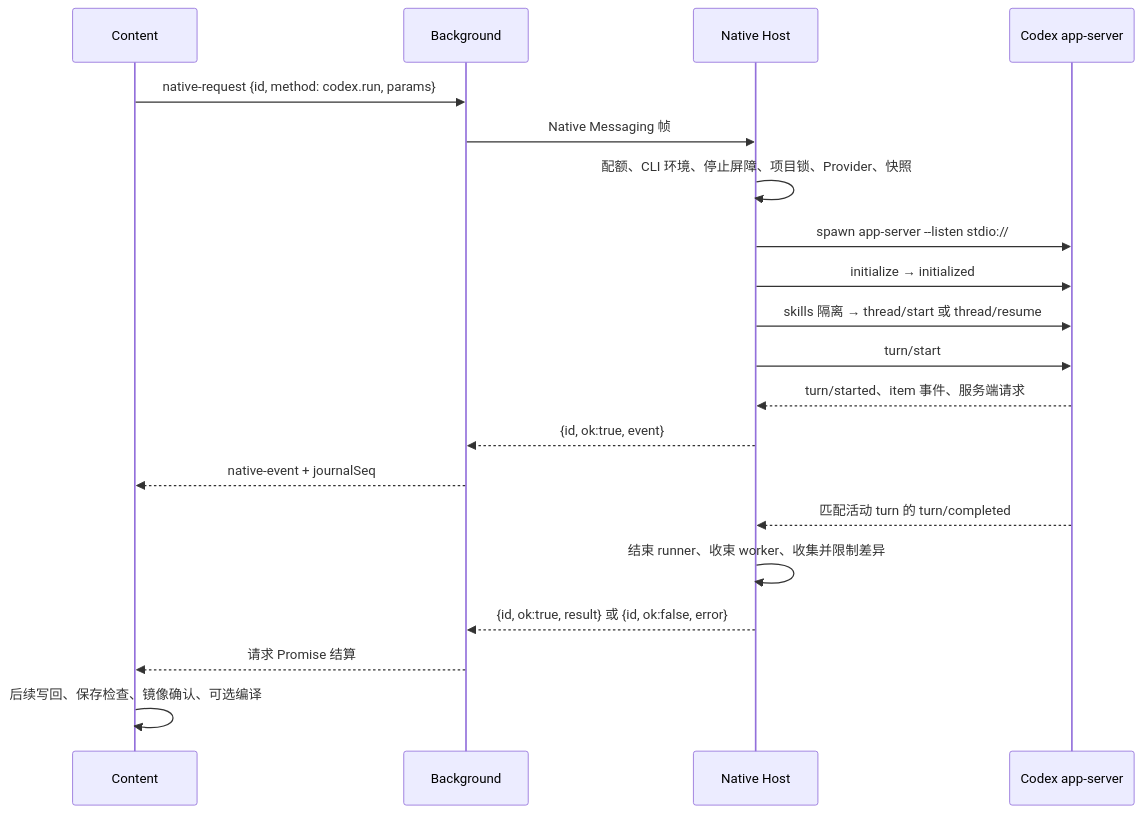
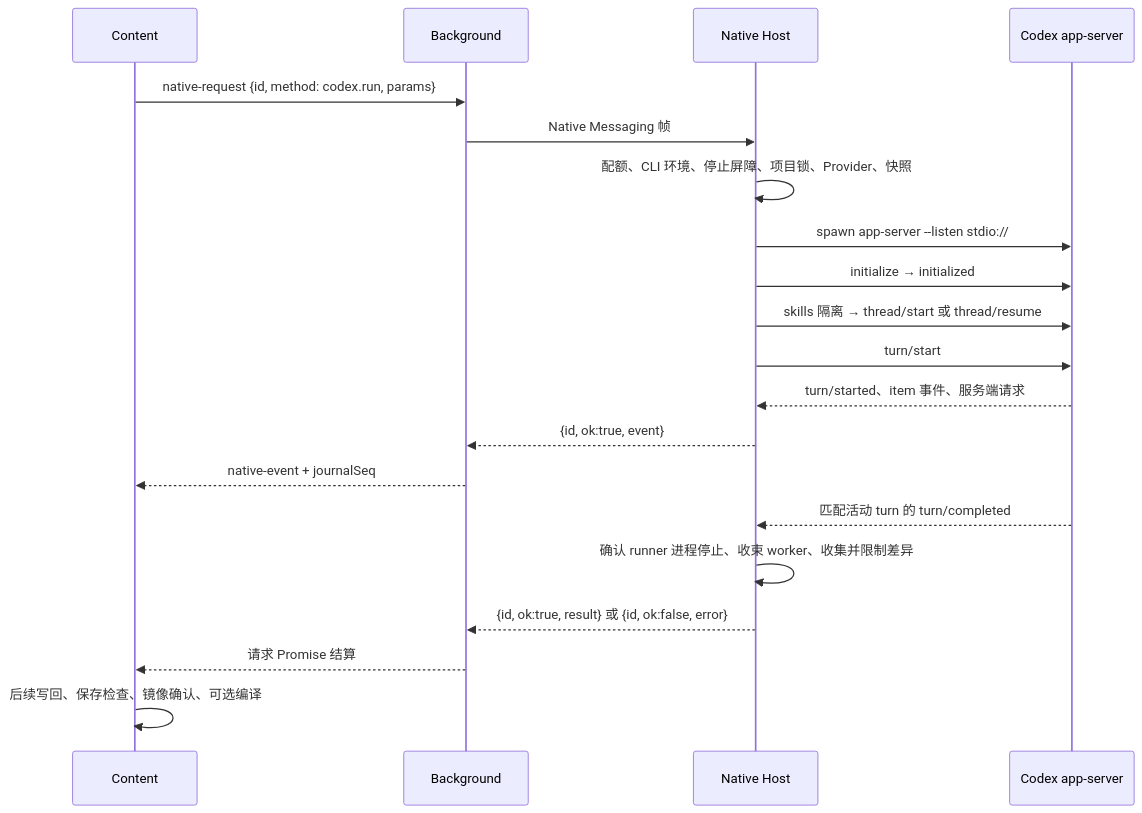
One commit to Ghqqqq/codex-overleaf-link changed the diagram in docs/architecture/native-execution.md. Above: the diagram before and after it, drawn with Mermaid. The commit also changed other lines of this file and 45 other files, not shown here.

````diff
--- a/docs/architecture/native-execution.md
+++ b/docs/architecture/native-execution.md
@@ -35,22 +36,22 @@
 ```mermaid
 sequenceDiagram
     participant C as Content
     participant B as Background
     participant N as Native Host
     participant A as Codex app-server
     C->>B: native-request {id, method: codex.run, params}
     B->>N: Native Messaging 帧
     N->>N: 配额、CLI 环境、停止屏障、项目锁、Provider、快照
     N->>A: spawn app-server --listen stdio://
     N->>A: initialize → initialized
     N->>A: skills 隔离 → thread/start 或 thread/resume
     N->>A: turn/start
     A-->>N: turn/started、item 事件、服务端请求
     N-->>B: {id, ok:true, event}
     B-->>C: native-event + journalSeq
     A-->>N: 匹配活动 turn 的 turn/completed
-    N->>N: 结束 runner、收束 worker、收集并限制差异
+    N->>N: 确认 runner 进程停止、收束 worker、收集并限制差异
     N-->>B: {id, ok:true, result} 或 {id, ok:false, error}
     B-->>C: 请求 Promise 结算
     C->>C: 后续写回、保存检查、镜像确认、可选编译
 ```
````
